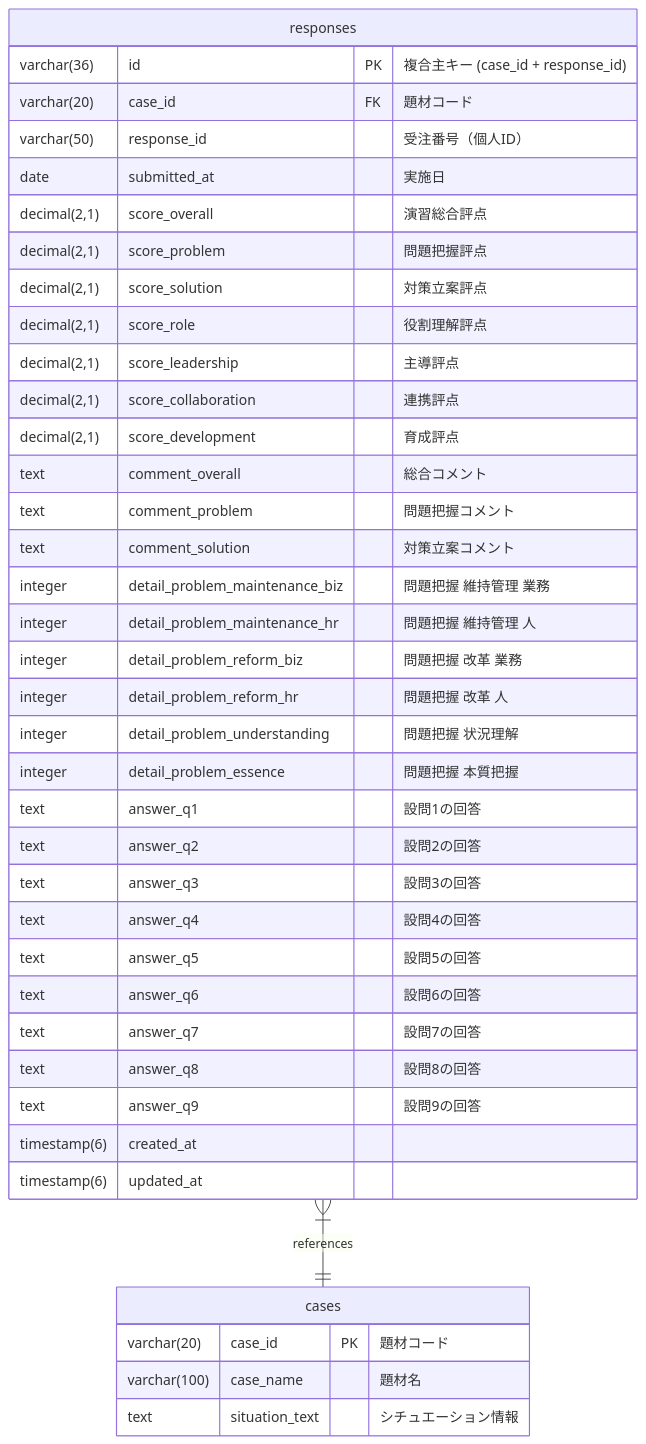
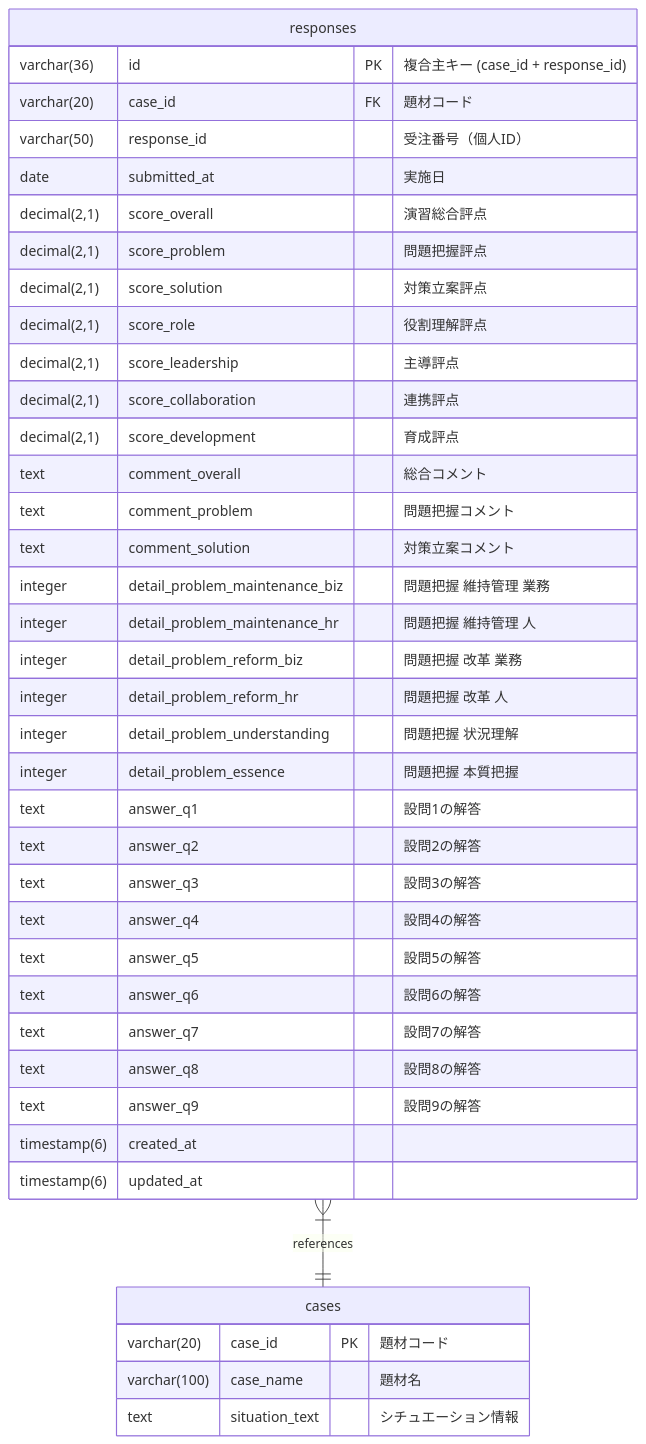
The first of 2 diagrams in docs/非機能要件.md (sekiguchimend/jmam), drawn with Mermaid before and after one commit. The commit also changed other lines of this file and 20 other files, not shown here.

````diff
--- a/docs/非機能要件.md
+++ b/docs/非機能要件.md
@@ -17,44 +17,44 @@
 ```mermaid
 erDiagram
     responses {
         varchar(36) id PK "複合主キー (case_id + response_id)"
         varchar(20) case_id FK "題材コード"
         varchar(50) response_id "受注番号（個人ID）"
         date submitted_at "実施日"
         decimal(2,1) score_overall "演習総合評点"
         decimal(2,1) score_problem "問題把握評点"
         decimal(2,1) score_solution "対策立案評点"
         decimal(2,1) score_role "役割理解評点"
         decimal(2,1) score_leadership "主導評点"
         decimal(2,1) score_collaboration "連携評点"
         decimal(2,1) score_development "育成評点"
         text comment_overall "総合コメント"
         text comment_problem "問題把握コメント"
         text comment_solution "対策立案コメント"
         integer detail_problem_maintenance_biz "問題把握 維持管理 業務"
         integer detail_problem_maintenance_hr "問題把握 維持管理 人"
         integer detail_problem_reform_biz "問題把握 改革 業務"
         integer detail_problem_reform_hr "問題把握 改革 人"
         integer detail_problem_understanding "問題把握 状況理解"
         integer detail_problem_essence "問題把握 本質把握"
-        text answer_q1 "設問1の回答"
-        text answer_q2 "設問2の回答"
-        text answer_q3 "設問3の回答"
-        text answer_q4 "設問4の回答"
-        text answer_q5 "設問5の回答"
-        text answer_q6 "設問6の回答"
-        text answer_q7 "設問7の回答"
-        text answer_q8 "設問8の回答"
-        text answer_q9 "設問9の回答"
+        text answer_q1 "設問1の解答"
+        text answer_q2 "設問2の解答"
+        text answer_q3 "設問3の解答"
+        text answer_q4 "設問4の解答"
+        text answer_q5 "設問5の解答"
+        text answer_q6 "設問6の解答"
+        text answer_q7 "設問7の解答"
+        text answer_q8 "設問8の解答"
+        text answer_q9 "設問9の解答"
         timestamp(6) created_at
         timestamp(6) updated_at
     }
 
     cases {
         varchar(20) case_id PK "題材コード"
         varchar(100) case_name "題材名"
         text situation_text "シチュエーション情報"
     }
 
     responses }|--|| cases : "references"
 ```
````
